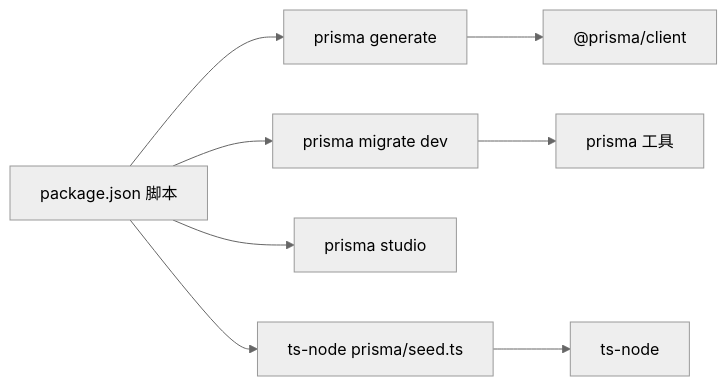
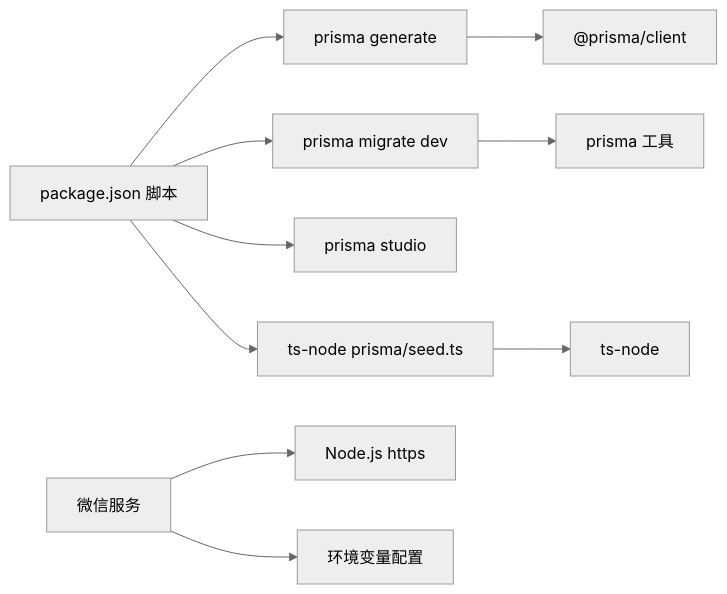
The seventh of 7 diagrams in .qoder/repowiki/zh/content/数据库设计/数据库设计.md (lsqwawa/free-dress), drawn with Mermaid (neutral theme) before and after one commit. The commit also changed other lines of this file and 71 other files, not shown here.

````diff
--- a/.qoder/repowiki/zh/content/数据库设计/数据库设计.md
+++ b/.qoder/repowiki/zh/content/数据库设计/数据库设计.md
@@ -400,10 +585,12 @@
 ```mermaid
 graph LR
 Pkg["package.json 脚本"] --> Gen["prisma generate"]
 Pkg --> Mig["prisma migrate dev"]
 Pkg --> Std["prisma studio"]
 Pkg --> Seed["ts-node prisma/seed.ts"]
 Gen --> Client["@prisma/client"]
 Mig --> PrismaTool["prisma 工具"]
 Seed --> TSNode["ts-node"]
+Wechat["微信服务"] --> HTTPS["Node.js https"]
+Wechat --> Env["环境变量配置"]
 ```
````
